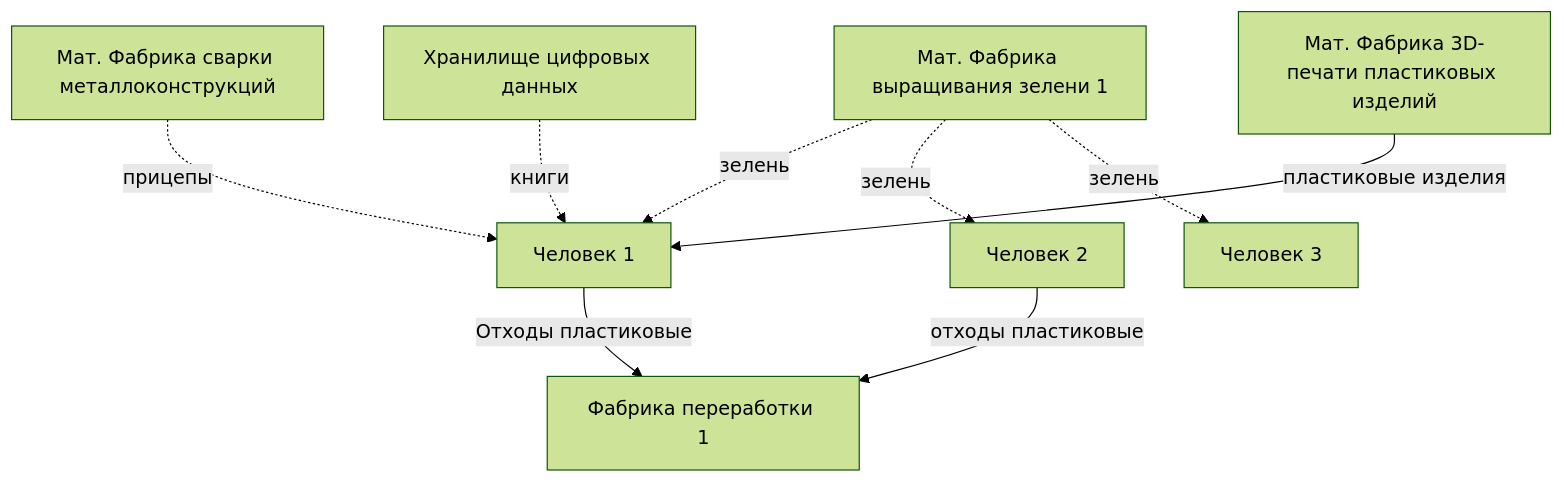
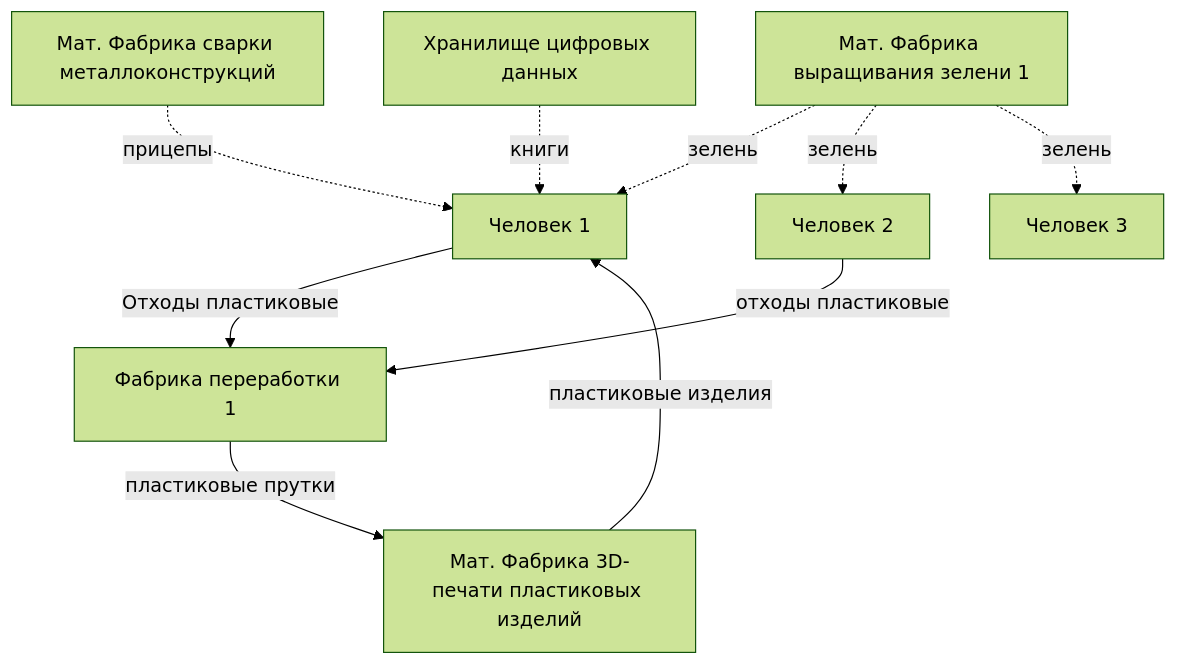
One commit to shyzik93/settlement_charter changed the diagram in ТекущийЭкономическийБазис.md. Above: the diagram before and after it, drawn with Mermaid (forest theme). The commit also changed other lines of this file, not shown here.

````diff
--- a/ТекущийЭкономическийБазис.md
+++ b/ТекущийЭкономическийБазис.md
@@ -14,12 +16,12 @@
 ```mermaid
 flowchart TD
     A[Человек 1] --> |Отходы пластиковые|B[Фабрика переработки 1]
     C[Мат. Фабрика выращивания зелени 1] -.-> |зелень|A
     C -.-> |зелень|F[Человек 2]
     C -.-> |зелень|E[Человек 3]
     D[Мат. Фабрика сварки металлоконструкций] -.-> |прицепы|A
     G[Хранилище цифровых данных] -.-> |книги|A
     F --> |отходы пластиковые|B
     H[Мат. Фабрика 3D-печати пластиковых изделий] --> |пластиковые изделия|A
-
+    B --> |пластиковые прутки|H
 ```
````
